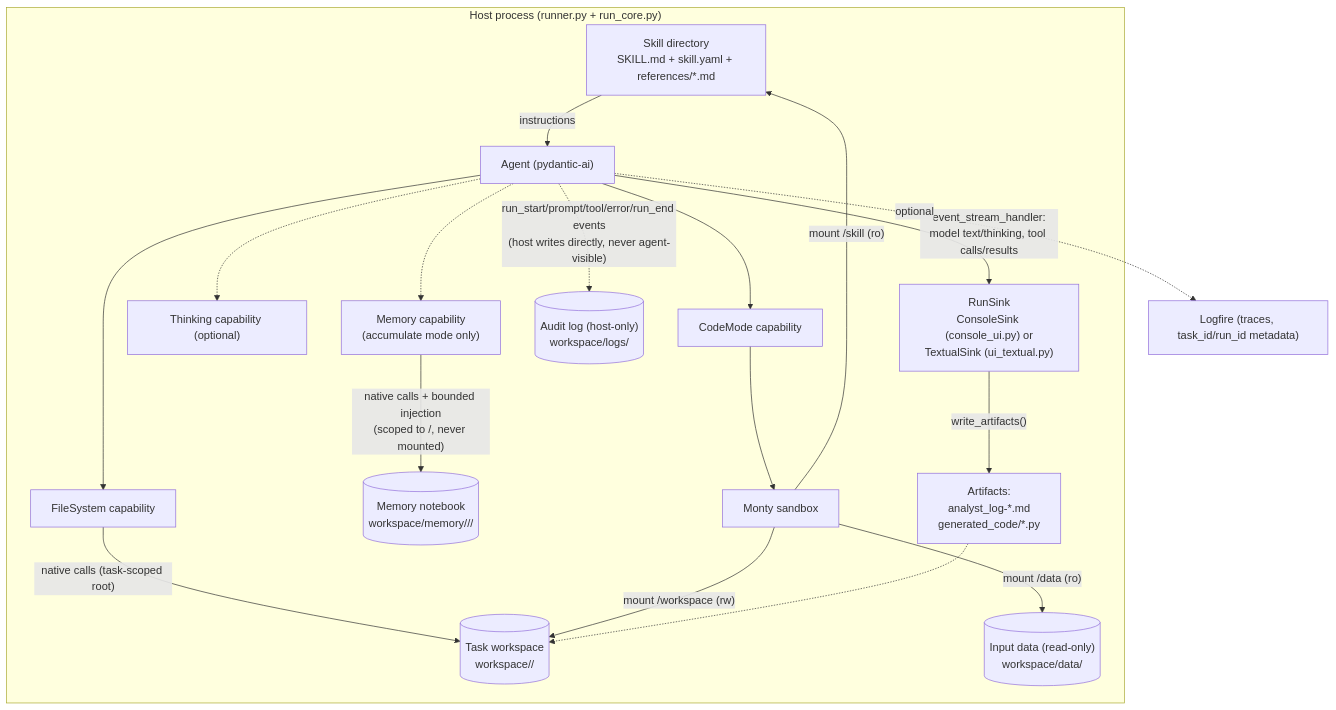
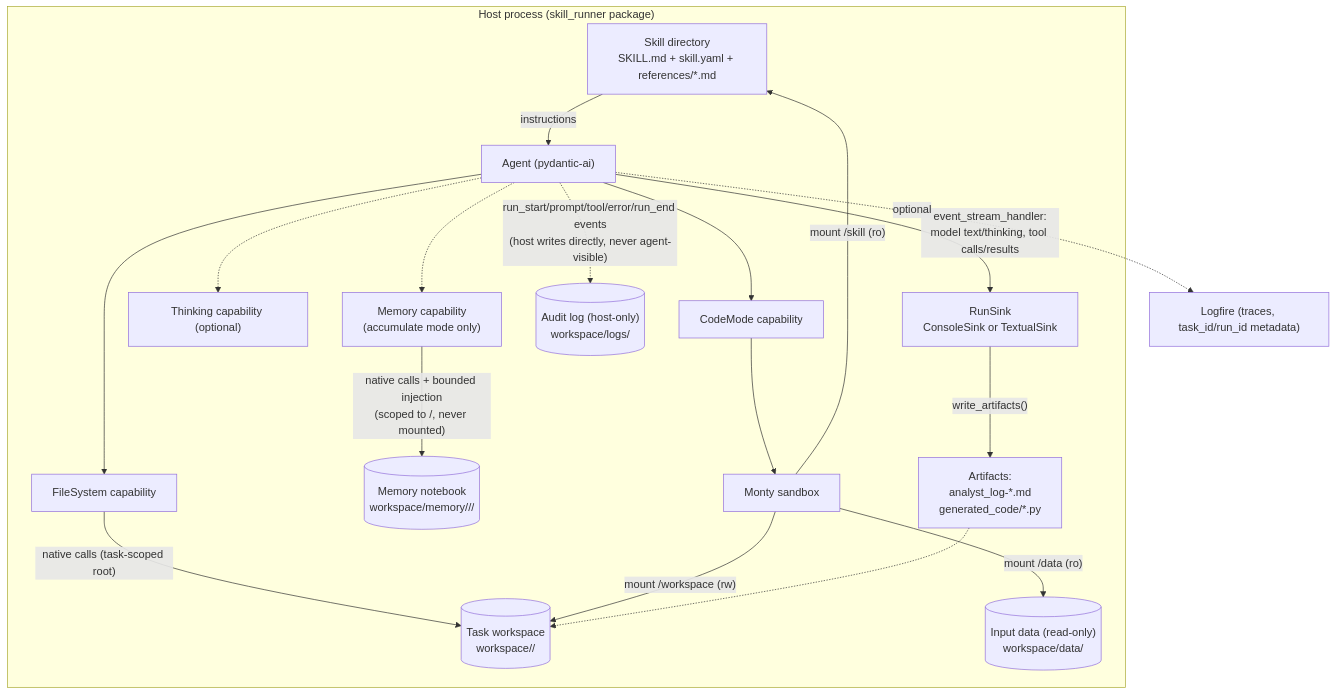
One commit to mdfranz/pydantic-security-skills changed the first of 2 diagrams in ARCHITECTURE.md. Above: the diagram before and after it, drawn with Mermaid. The commit also changed other lines of this file and 19 other files, not shown here.

Commit message:
Package the runner implementation into skill_runner/ and update references

````diff
--- a/ARCHITECTURE.md
+++ b/ARCHITECTURE.md
@@ -17,36 +17,36 @@
 ```mermaid
 flowchart TB
-    subgraph Host["Host process (runner.py + run_core.py)"]
+    subgraph Host["Host process (skill_runner package)"]
         Skill["Skill directory\nSKILL.md + skill.yaml + references/*.md"]
         Agent["Agent (pydantic-ai)"]
         FS["FileSystem capability"]
         CM["CodeMode capability"]
         Think["Thinking capability (optional)"]
         Mem["Memory capability\n(accumulate mode only)"]
         TaskWs[("Task workspace\nworkspace/<task>/")]
         Data[("Input data (read-only)\nworkspace/data/")]
         Logs[("Audit log (host-only)\nworkspace/logs/")]
         MemStore[("Memory notebook\nworkspace/memory/<skill>/<task>/")]
         Monty["Monty sandbox"]
-        Sink["RunSink\nConsoleSink (console_ui.py) or\nTextualSink (ui_textual.py)"]
+        Sink["RunSink\nConsoleSink or TextualSink"]
         Artifacts["Artifacts:\nanalyst_log-*.md\ngenerated_code/*.py"]
 
         Skill -- "instructions" --> Agent
         Agent --> FS
         Agent --> CM
         Agent -.-> Think
         Agent -.-> Mem
         FS -- "native calls (task-scoped root)" --> TaskWs
         CM --> Monty
         Mem -- "native calls + bounded injection\n(scoped to <skill>/<task>, never mounted)" --> MemStore
         Monty -- "mount /workspace (rw)" --> TaskWs
         Monty -- "mount /data (ro)" --> Data
         Monty -- "mount /skill (ro)" --> Skill
         Agent -- "event_stream_handler:\nmodel text/thinking, tool calls/results" --> Sink
         Sink -- "write_artifacts()" --> Artifacts
         Artifacts -.-> TaskWs
         Agent -. "run_start/prompt/tool/error/run_end events\n(host writes directly, never agent-visible)" .-> Logs
     end
 
     Agent -. "optional" .-> Logfire["Logfire (traces, task_id/run_id metadata)"]
 ```
````
